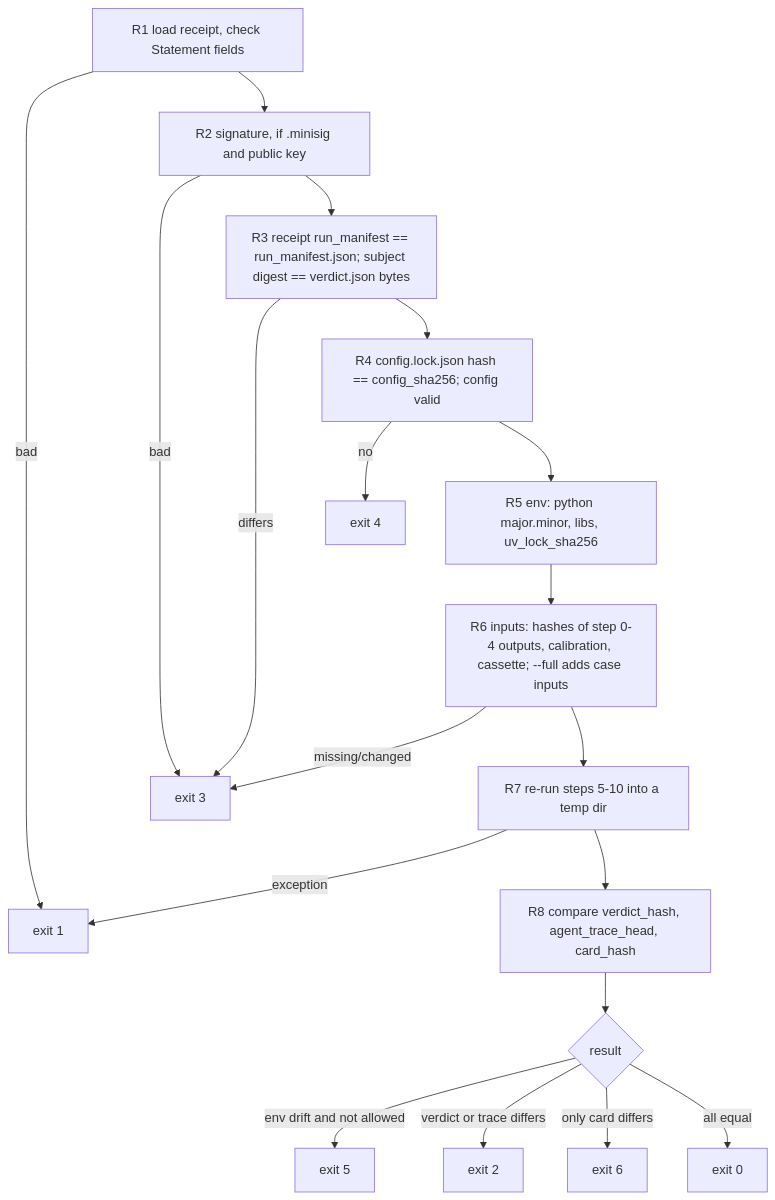
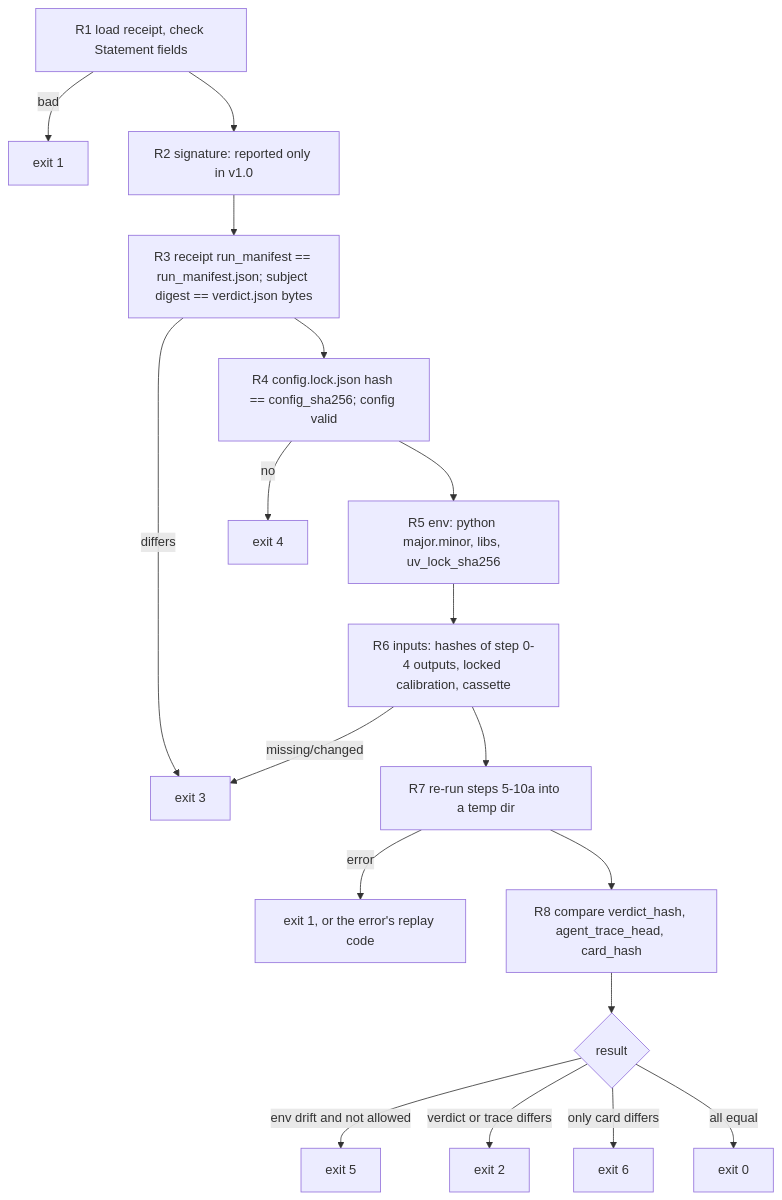
The diagram in docs/engines/10-causivra.md (DuhItzAniket/Veyltrace), drawn with Mermaid before and after one commit. The commit also changed other lines of this file and 1 other file, not shown here.

Commit message:
docs(causivra): spec 10 matches the code on main and marks signing and replay --full as not built (#52)

````diff
--- a/docs/engines/10-causivra.md
+++ b/docs/engines/10-causivra.md
@@ -233,21 +233,20 @@
 ```mermaid
 flowchart TD
   R1[R1 load receipt, check Statement fields] -->|bad| X1[exit 1]
-  R1 --> R2[R2 signature, if .minisig and public key]
-  R2 -->|bad| X3[exit 3]
+  R1 --> R2[R2 signature: reported only in v1.0]
   R2 --> R3[R3 receipt run_manifest == run_manifest.json; subject digest == verdict.json bytes]
-  R3 -->|differs| X3
+  R3 -->|differs| X3[exit 3]
   R3 --> R4[R4 config.lock.json hash == config_sha256; config valid]
   R4 -->|no| X4[exit 4]
   R4 --> R5[R5 env: python major.minor, libs, uv_lock_sha256]
-  R5 --> R6[R6 inputs: hashes of step 0-4 outputs, calibration, cassette; --full adds case inputs]
+  R5 --> R6[R6 inputs: hashes of step 0-4 outputs, locked calibration, cassette]
   R6 -->|missing/changed| X3
-  R6 --> R7[R7 re-run steps 5-10 into a temp dir]
-  R7 -->|exception| X1
+  R6 --> R7[R7 re-run steps 5-10a into a temp dir]
+  R7 -->|error| X7[exit 1, or the error's replay code]
   R7 --> R8[R8 compare verdict_hash, agent_trace_head, card_hash]
   R8 --> D{result}
   D -->|env drift and not allowed| X5[exit 5]
   D -->|verdict or trace differs| X2[exit 2]
   D -->|only card differs| X6[exit 6]
   D -->|all equal| X0[exit 0]
 ```
````
